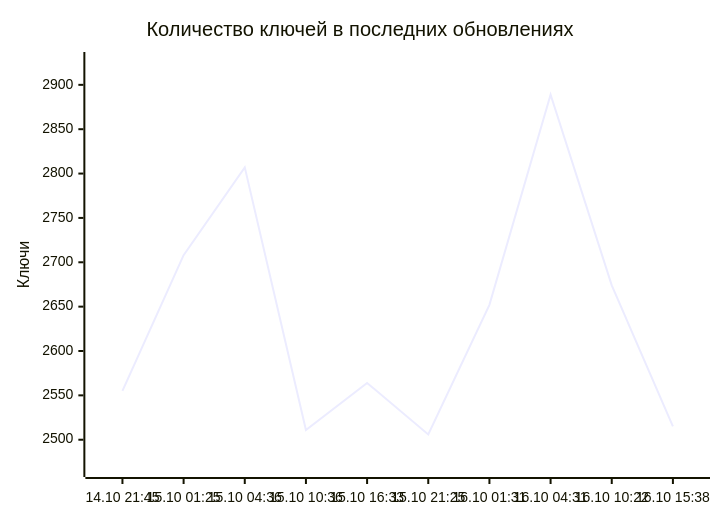
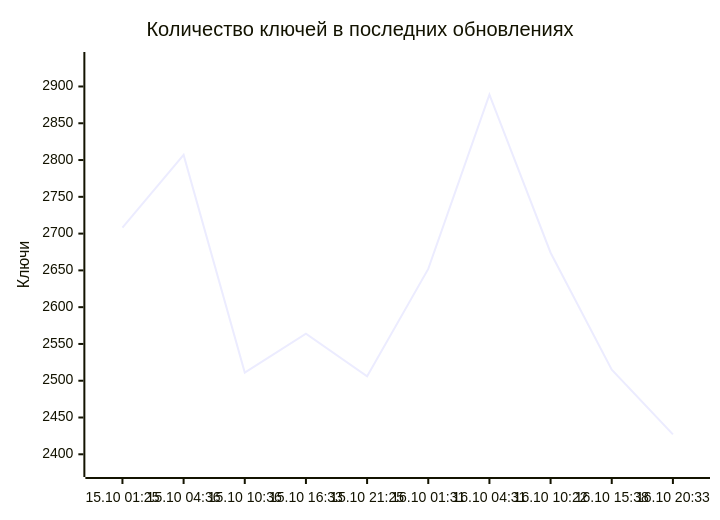
One commit to markKikhtenko/WireVeil changed the diagram in README.md. Above: the diagram before and after it, drawn with Mermaid. The commit also changed other lines of this file and 12 other files, not shown here.

````diff
--- a/README.md
+++ b/README.md
@@ -55,7 +55,7 @@
 ```mermaid
 xychart-beta
     title "Количество ключей в последних обновлениях"
-    x-axis ["14.10 21:45", "15.10 01:25", "15.10 04:36", "15.10 10:36", "15.10 16:33", "15.10 21:25", "16.10 01:31", "16.10 04:31", "16.10 10:22", "16.10 15:38"]
-    y-axis "Ключи" 2467 --> 2928
-    line [2555, 2708, 2807, 2511, 2564, 2506, 2652, 2889, 2674, 2515]
+    x-axis ["15.10 01:25", "15.10 04:36", "15.10 10:36", "15.10 16:33", "15.10 21:25", "16.10 01:31", "16.10 04:31", "16.10 10:22", "16.10 15:38", "16.10 20:33"]
+    y-axis "Ключи" 2380 --> 2936
+    line [2708, 2807, 2511, 2564, 2506, 2652, 2889, 2674, 2515, 2427]
 ```
````
